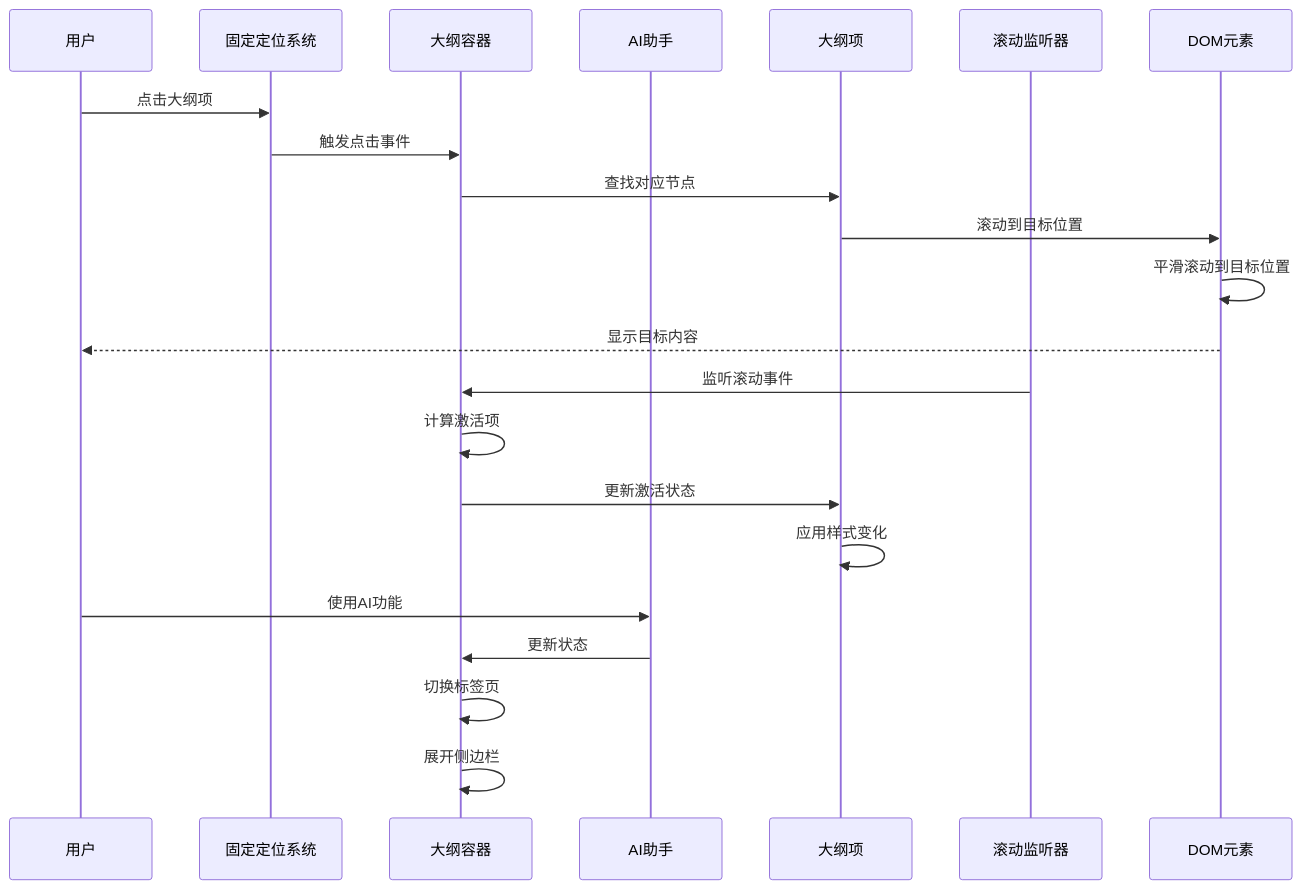
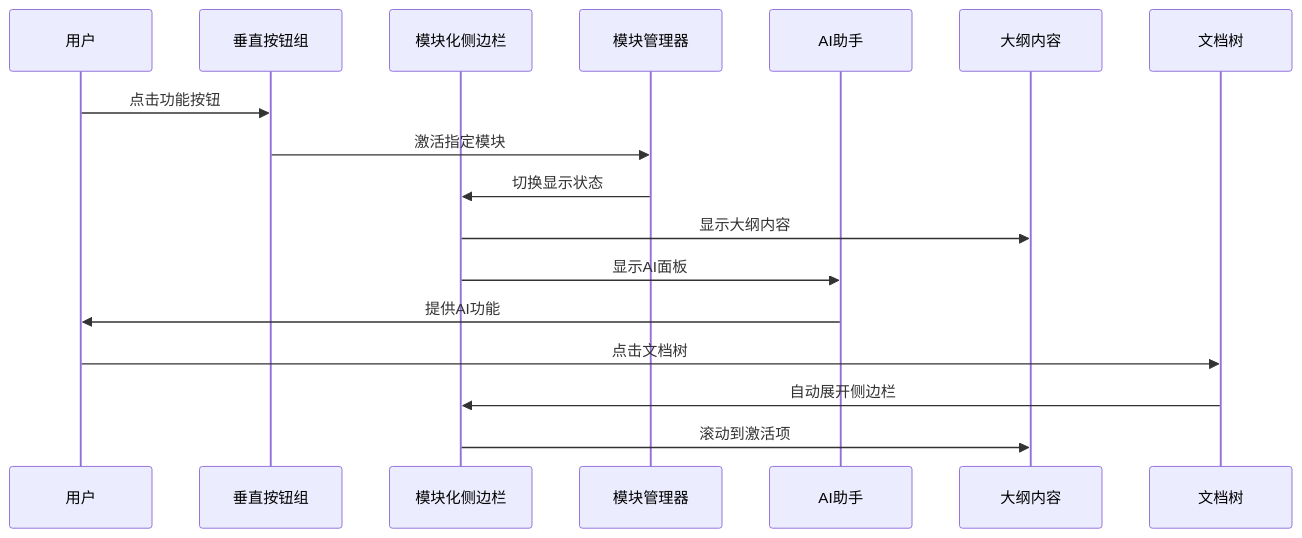
One commit to terwer/siyuan-plugin-blog changed the second of 8 diagrams in .qoder/repowiki/zh/content/Outline System.md. Above: the diagram before and after it, drawn with Mermaid. The commit also changed other lines of this file and 5 other files, not shown here.

Commit message:
docs(zh): modular sidebar with vertical buttons for outline system

````diff
--- a/.qoder/repowiki/zh/content/Outline System.md
+++ b/.qoder/repowiki/zh/content/Outline System.md
@@ -136,24 +139,19 @@
 ```mermaid
 sequenceDiagram
 participant User as 用户
-participant FixedLayout as 固定定位系统
-participant Container as 大纲容器
+participant CollapsedButtons as 垂直按钮组
+participant Sidebar as 模块化侧边栏
+participant ModuleManager as 模块管理器
 participant AIAssistant as AI助手
-participant Item as 大纲项
-participant Scroll as 滚动监听器
-participant DOM as DOM元素
-User->>FixedLayout : 点击大纲项
-FixedLayout->>Container : 触发点击事件
-Container->>Item : 查找对应节点
-Item->>DOM : 滚动到目标位置
-DOM->>DOM : 平滑滚动到目标位置
-DOM-->>User : 显示目标内容
-Scroll->>Container : 监听滚动事件
-Container->>Container : 计算激活项
-Container->>Item : 更新激活状态
-Item->>Item : 应用样式变化
-User->>AIAssistant : 使用AI功能
-AIAssistant->>Container : 更新状态
-Container->>Container : 切换标签页
-Container->>Container : 展开侧边栏
+participant Outline as 大纲内容
+participant DocTree as 文档树
+User->>CollapsedButtons : 点击功能按钮
+CollapsedButtons->>ModuleManager : 激活指定模块
+ModuleManager->>Sidebar : 切换显示状态
+Sidebar->>Outline : 显示大纲内容
+Sidebar->>AIAssistant : 显示AI面板
+AIAssistant->>User : 提供AI功能
+User->>DocTree : 点击文档树
+DocTree->>Sidebar : 自动展开侧边栏
+Sidebar->>Outline : 滚动到激活项
 ```
````
